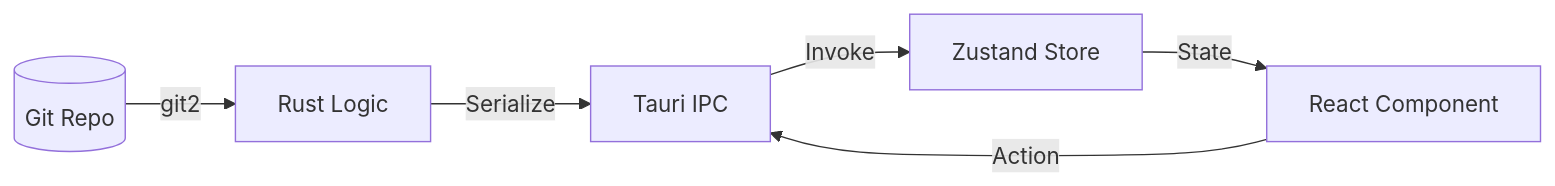
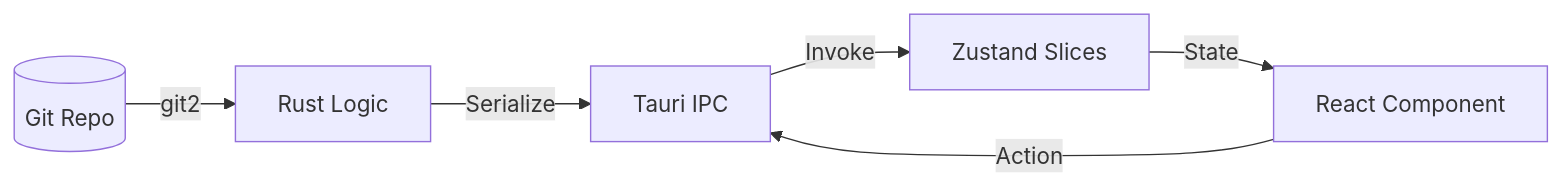
The diagram in docs/architecture.md (TrungHieu0107/git-helper), drawn with Mermaid before and after one commit. The commit also changed other lines of this file and 22 other files, not shown here.

First line of the commit message:
feat(arch): modularize backend commands and split frontend store into domain slices

````diff
--- a/docs/architecture.md
+++ b/docs/architecture.md
@@ -51,8 +59,8 @@
 ```mermaid
 graph LR
     Disk[(Git Repo)] -- git2 --> Rust[Rust Logic]
     Rust -- Serialize --> TauriCLI[Tauri IPC]
-    TauriCLI -- Invoke --> Zustand[Zustand Store]
+    TauriCLI -- Invoke --> Zustand[Zustand Slices]
     Zustand -- State --> React[React Component]
     React -- Action --> TauriCLI
 ```
````
